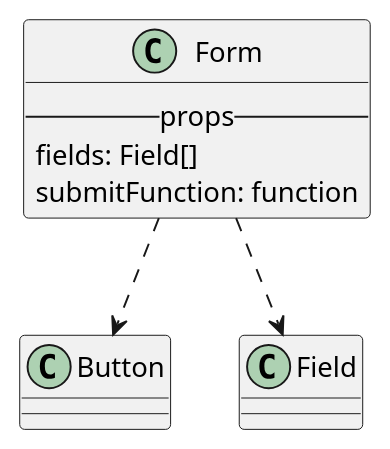
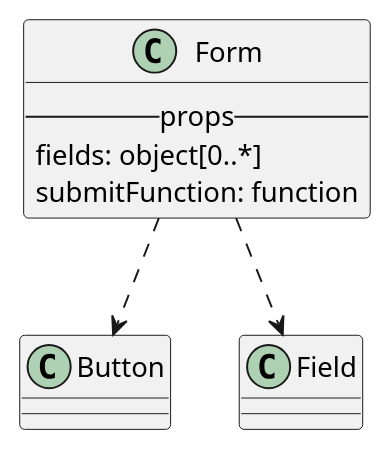
The diagram in react/custom/form.iuml (M9k/Marvin-Uml), drawn with PlantUML before and after one commit. The commit also changed 4 other files, not shown here.

```diff
--- a/react/custom/form.iuml
+++ b/react/custom/form.iuml
@@ -1,7 +1,7 @@
 class Form{
     --props--
-        fields: Field[]
+        fields: object[0..*]
         submitFunction: function
 }
 Form ..> Button
 Form ..> Field
```
